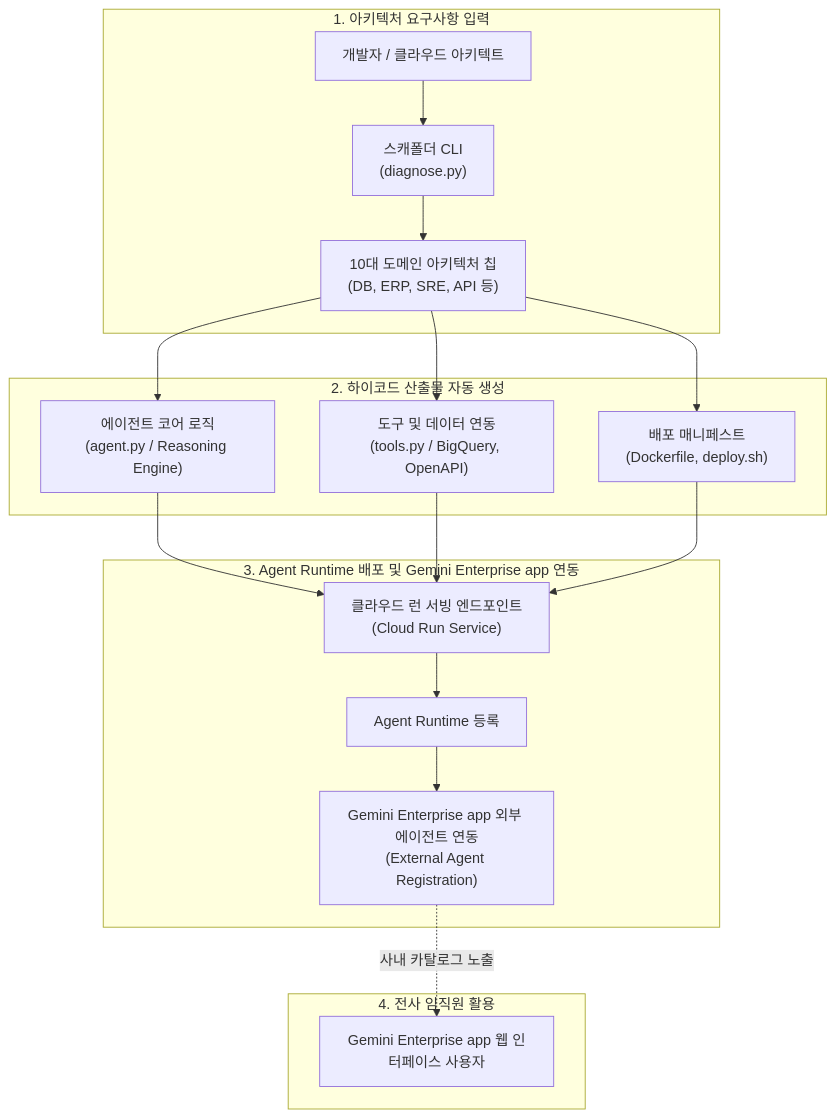
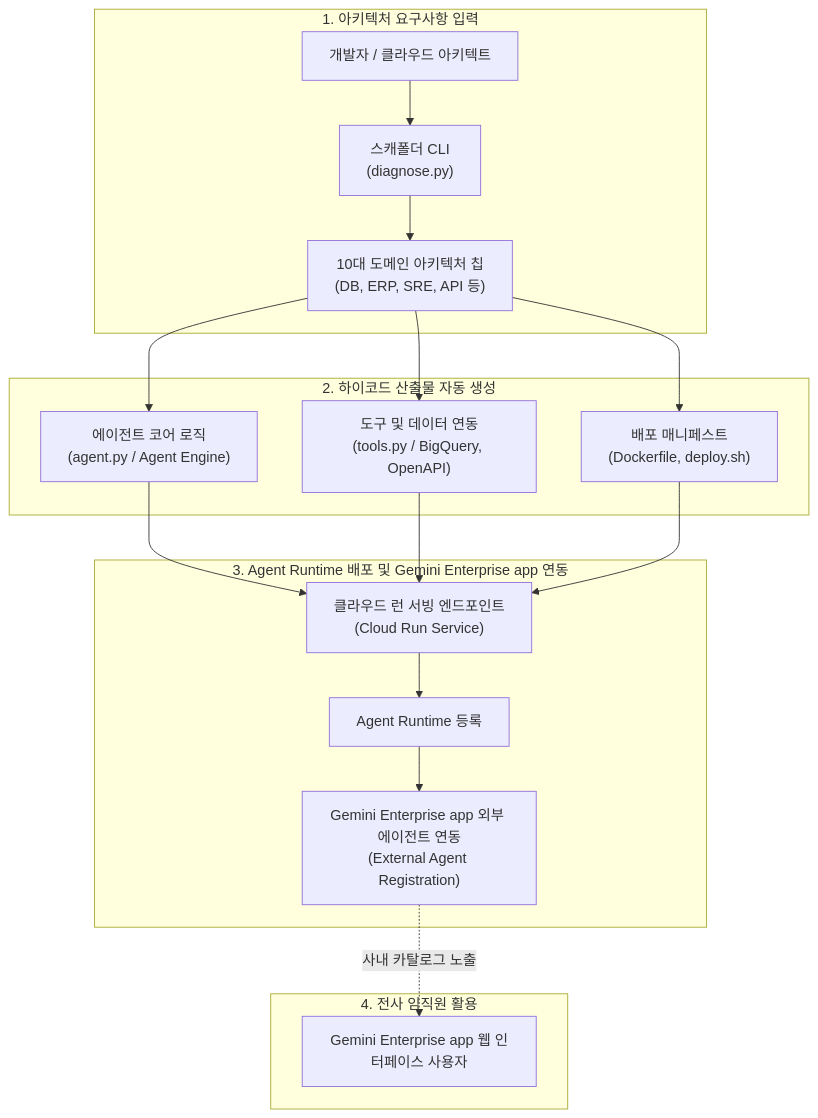
The diagram in samples/gemini-enterprise-copilot-custom/docs/TDD.md (jiangjun-forge/google-cloud-0-to-1), drawn with Mermaid before and after one commit. The commit also changed 4 other files, not shown here.

````diff
--- a/samples/gemini-enterprise-copilot-custom/docs/TDD.md
+++ b/samples/gemini-enterprise-copilot-custom/docs/TDD.md
@@ -23,35 +23,35 @@
 ```mermaid
 flowchart TD
     subgraph InputPhase ["1. 아키텍처 요구사항 입력"]
         Dev["개발자 / 클라우드 아키텍트"]
         CLI["스캐폴더 CLI<br/>(diagnose.py)"]
         PresetEngine["10대 도메인 아키텍처 칩<br/>(DB, ERP, SRE, API 등)"]
         Dev --> CLI
         CLI --> PresetEngine
     end
 
     subgraph ScaffoldingPhase ["2. 하이코드 산출물 자동 생성"]
-        AgentCode["에이전트 코어 로직<br/>(agent.py / Reasoning Engine)"]
+        AgentCode["에이전트 코어 로직<br/>(agent.py / Agent Engine)"]
         ToolsCode["도구 및 데이터 연동<br/>(tools.py / BigQuery, OpenAPI)"]
         DeploySpec["배포 매니페스트<br/>(Dockerfile, deploy.sh)"]
         PresetEngine --> AgentCode
         PresetEngine --> ToolsCode
         PresetEngine --> DeploySpec
     end
 
     subgraph DeploymentPhase ["3. Agent Runtime 배포 및 Gemini Enterprise app 연동"]
         CloudRun["클라우드 런 서빙 엔드포인트<br/>(Cloud Run Service)"]
         AgentEngine["Agent Runtime 등록"]
         GEAppBinding["Gemini Enterprise app 외부 에이전트 연동<br/>(External Agent Registration)"]
         AgentCode --> CloudRun
         ToolsCode --> CloudRun
         DeploySpec --> CloudRun
         CloudRun --> AgentEngine
         AgentEngine --> GEAppBinding
     end
 
     subgraph EndUser ["4. 전사 임직원 활용"]
         User["Gemini Enterprise app 웹 인터페이스 사용자"]
         GEAppBinding -.->|"사내 카탈로그 노출"| User
     end
 ```
````
